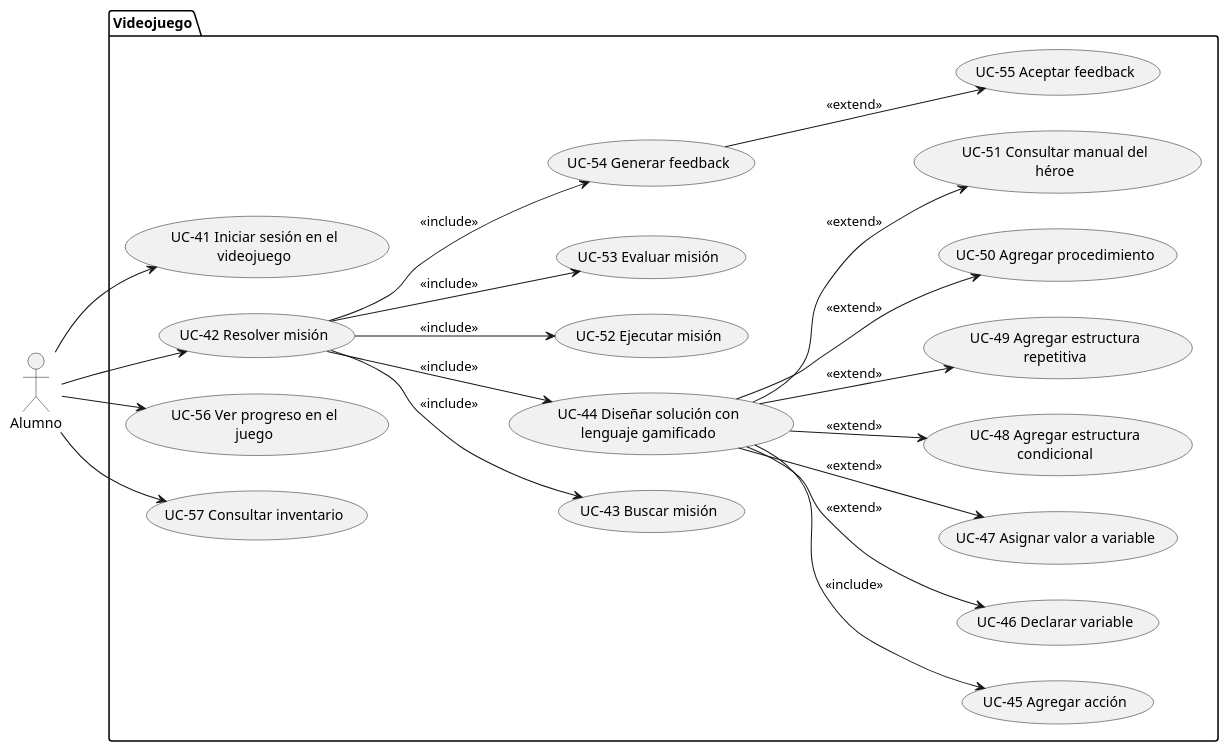
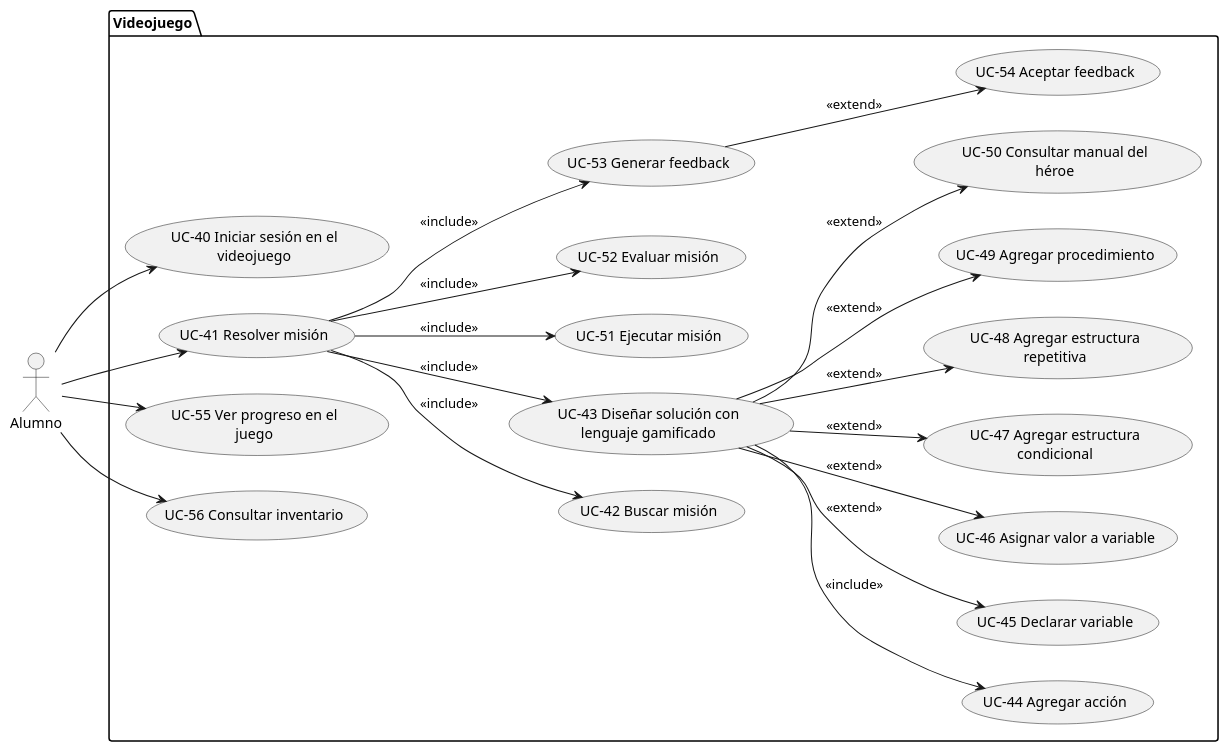
Before and after one commit to francoalbornoz2002/ASC-ProyectoAlgoritmia-TrabajoFinal: the diagram in docs/diagramas/dcu-videojuego.puml, drawn with PlantUML. The commit also changed 6 other files, not shown here.

```diff
--- a/docs/diagramas/dcu-videojuego.puml
+++ b/docs/diagramas/dcu-videojuego.puml
@@ -1,51 +1,51 @@
 @startuml Videojuego_CU
 left to right direction
 
 skinparam usecasePadding 15
 skinparam actorPadding 15
 skinparam wrapWidth 200
 
 actor Alumno
 
 package "Videojuego" {
-  usecase "UC-41 Iniciar sesión en el videojuego" as UC41
-  usecase "UC-42 Resolver misión" as UC42
-  usecase "UC-43 Buscar misión" as UC43
-  usecase "UC-44 Diseñar solución con lenguaje gamificado" as UC44
-  usecase "UC-45 Agregar acción" as UC45
-  usecase "UC-46 Declarar variable" as UC46
-  usecase "UC-47 Asignar valor a variable" as UC47
-  usecase "UC-48 Agregar estructura condicional" as UC48
-  usecase "UC-49 Agregar estructura repetitiva" as UC49
-  usecase "UC-50 Agregar procedimiento" as UC50
-  usecase "UC-51 Consultar manual del héroe" as UC51
-  usecase "UC-52 Ejecutar misión" as UC52
-  usecase "UC-53 Evaluar misión" as UC53
-  usecase "UC-54 Generar feedback" as UC54
-  usecase "UC-55 Aceptar feedback" as UC55
-  usecase "UC-56 Ver progreso en el juego" as UC56
-  usecase "UC-57 Consultar inventario" as UC57
+  usecase "UC-40 Iniciar sesión en el videojuego" as UC40
+  usecase "UC-41 Resolver misión" as UC41
+  usecase "UC-42 Buscar misión" as UC42
+  usecase "UC-43 Diseñar solución con lenguaje gamificado" as UC43
+  usecase "UC-44 Agregar acción" as UC44
+  usecase "UC-45 Declarar variable" as UC45
+  usecase "UC-46 Asignar valor a variable" as UC46
+  usecase "UC-47 Agregar estructura condicional" as UC47
+  usecase "UC-48 Agregar estructura repetitiva" as UC48
+  usecase "UC-49 Agregar procedimiento" as UC49
+  usecase "UC-50 Consultar manual del héroe" as UC50
+  usecase "UC-51 Ejecutar misión" as UC51
+  usecase "UC-52 Evaluar misión" as UC52
+  usecase "UC-53 Generar feedback" as UC53
+  usecase "UC-54 Aceptar feedback" as UC54
+  usecase "UC-55 Ver progreso en el juego" as UC55
+  usecase "UC-56 Consultar inventario" as UC56
 
+  Alumno --> UC40
   Alumno --> UC41
-  Alumno --> UC42
+  Alumno --> UC55
   Alumno --> UC56
-  Alumno --> UC57
 
-  UC42 --> UC43 : <<include>>
-  UC42 --> UC44 : <<include>>
-  UC42 --> UC52 : <<include>>
-  UC42 --> UC53 : <<include>>
-  UC42 --> UC54 : <<include>>
+  UC41 --> UC42 : <<include>>
+  UC41 --> UC43 : <<include>>
+  UC41 --> UC51 : <<include>>
+  UC41 --> UC52 : <<include>>
+  UC41 --> UC53 : <<include>>
 
-  UC44 --> UC45 : <<include>>
-  UC44 --> UC46 : <<extend>>
-  UC44 --> UC47 : <<extend>>
-  UC44 --> UC48 : <<extend>>
-  UC44 --> UC49 : <<extend>>
-  UC44 --> UC50 : <<extend>>
-  UC44 --> UC51 : <<extend>>
+  UC43 --> UC44 : <<include>>
+  UC43 --> UC45 : <<extend>>
+  UC43 --> UC46 : <<extend>>
+  UC43 --> UC47 : <<extend>>
+  UC43 --> UC48 : <<extend>>
+  UC43 --> UC49 : <<extend>>
+  UC43 --> UC50 : <<extend>>
 
-  UC54 --> UC55 : <<extend>>
+  UC53 --> UC54 : <<extend>>
 }
 
 @enduml
```
